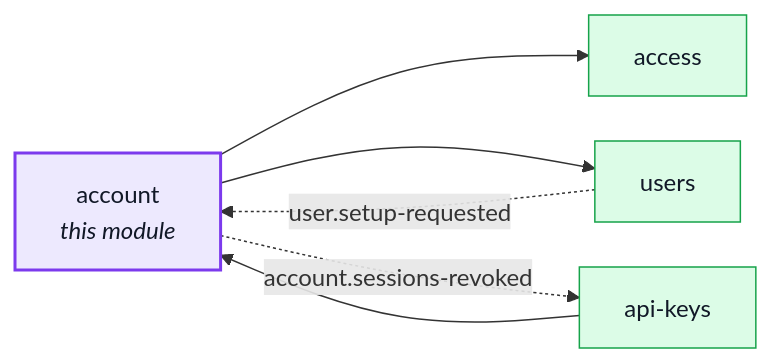
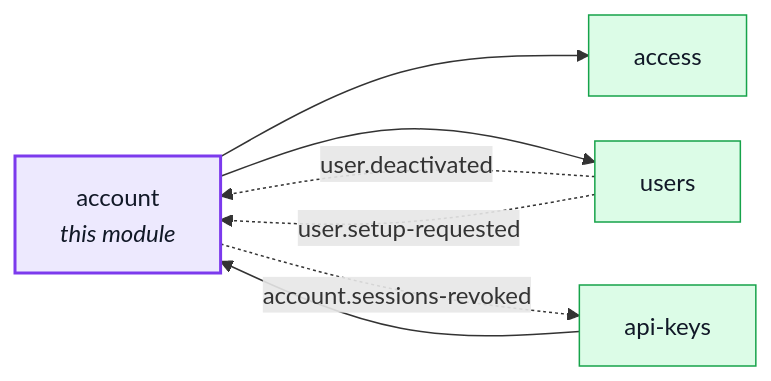
The first of 5 diagrams in docs/modules/account.md (Guebbit/boilerplate-node-backend), drawn with Mermaid before and after one commit. The commit also changed 9 other files, not shown here.

````diff
--- a/docs/modules/account.md
+++ b/docs/modules/account.md
@@ -16,21 +16,22 @@
 ```mermaid
 %%{init: {'flowchart': {'nodeSpacing': 30, 'rankSpacing': 60}}}%%
 flowchart LR
     account["account<br/><i>this module</i>"]
     access["access"]
     api_keys["api-keys"]
     users["users"]
 
     api_keys --> account
     account --> access
     account --> users
+    users -. "user.deactivated" .-> account
     users -. "user.setup-requested" .-> account
     account -. "account.sessions-revoked" .-> api_keys
 
     classDef core fill:#dbeafe,stroke:#2563eb,color:#111827;
     classDef supporting fill:#fef3c7,stroke:#d97706,color:#111827;
     classDef generic fill:#dcfce7,stroke:#16a34a,color:#111827;
     classDef centre fill:#ede9fe,stroke:#7c3aed,stroke-width:2px,color:#111827;
     class access,api_keys,users generic;
     class account centre;
 ```
````
